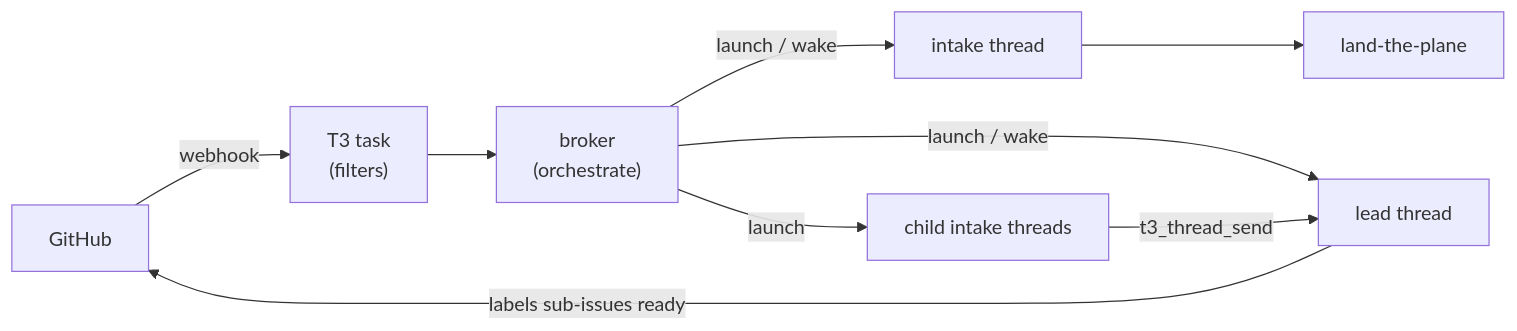
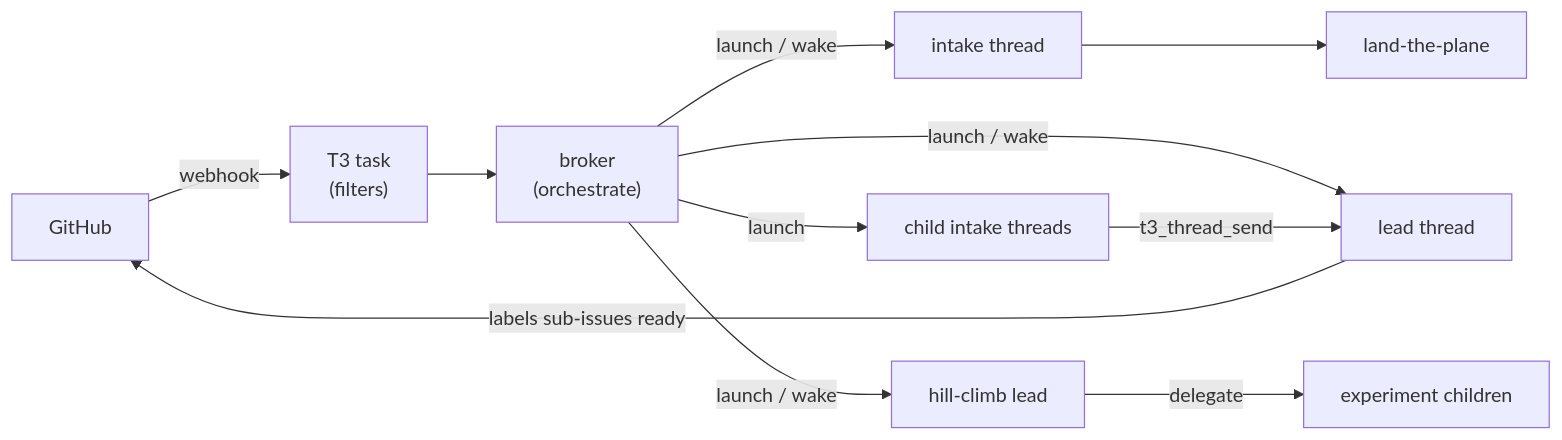
The diagram in plugins/gh-orchestrator/README.md (andrejpk/andrej-agent-kit), drawn with Mermaid before and after one commit. The commit also changed other lines of this file and 36 other files, not shown here.

First line of the commit message:
add a hill-climb lead to gh-orchestrator

````diff
--- a/plugins/gh-orchestrator/README.md
+++ b/plugins/gh-orchestrator/README.md
@@ -36,11 +41,13 @@
 ```mermaid
 flowchart LR
   GH[GitHub] -- webhook --> T["T3 task<br/>(filters)"]
   T --> B["broker<br/>(orchestrate)"]
   B -- launch / wake --> I[intake thread]
   I --> LP[land-the-plane]
   B -- launch / wake --> LD[lead thread]
+  B -- launch / wake --> HC[hill-climb lead]
+  HC -- delegate --> E[experiment children]
   LD -- "labels sub-issues ready" --> GH
   B -- launch --> C[child intake threads]
   C -- t3_thread_send --> LD
 ```
````
